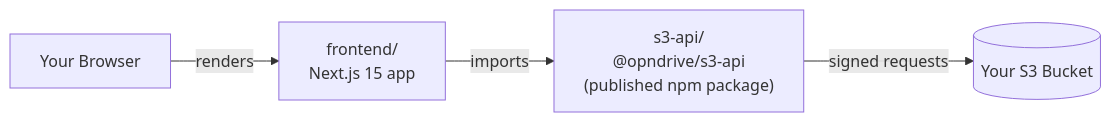
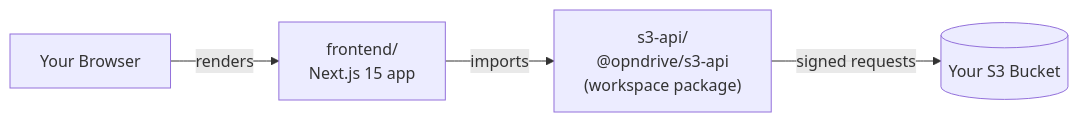
The diagram in docs/content/getting-started/introduction.md (Opndrive/opndrive), drawn with Mermaid before and after one commit. The commit also changed other lines of this file and 18 other files, not shown here.

````diff
--- a/docs/content/getting-started/introduction.md
+++ b/docs/content/getting-started/introduction.md
@@ -32,6 +32,6 @@
 ```mermaid
 graph LR
     Browser["Your Browser"] -->|renders| Frontend["frontend/<br/>Next.js 15 app"]
-    Frontend -->|imports| S3API["s3-api/<br/>@opndrive/s3-api<br/>(published npm package)"]
+    Frontend -->|imports| S3API["s3-api/<br/>@opndrive/s3-api<br/>(workspace package)"]
     S3API -->|signed requests| S3[("Your S3 Bucket")]
 ```
````
